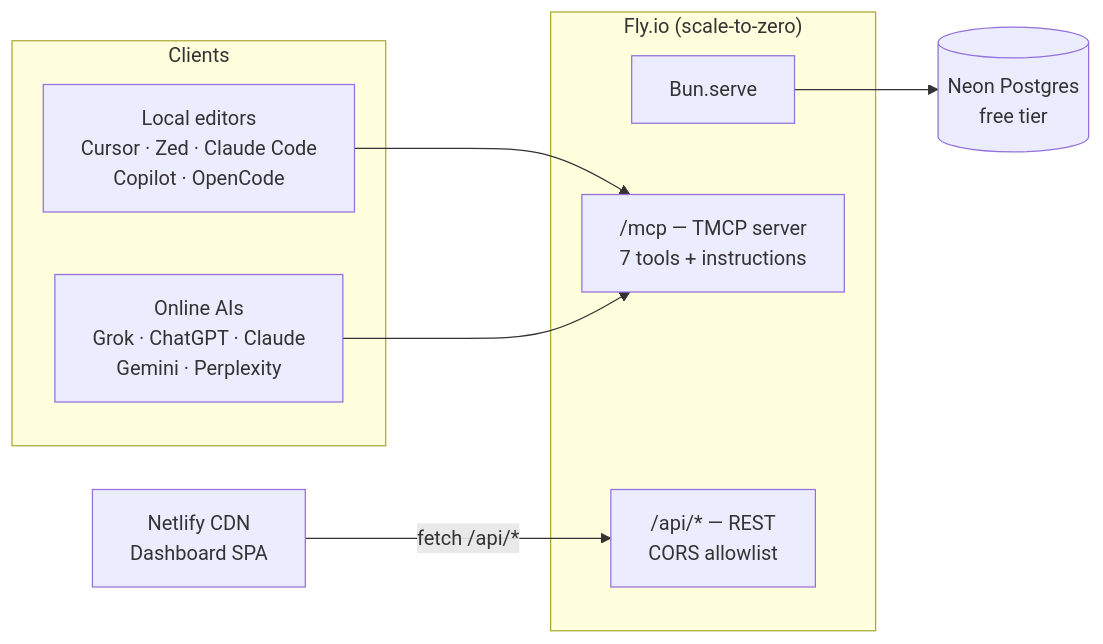
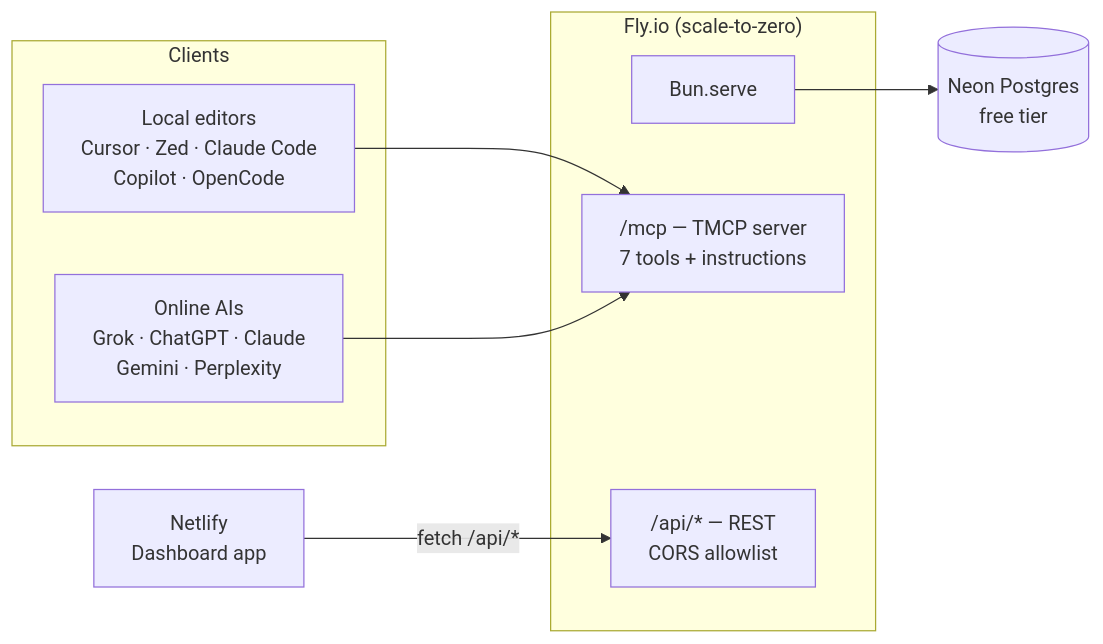
Before and after one commit to Michael-Obele/sepia: the diagram in README.md, drawn with Mermaid. The commit also changed other lines of this file and 7 other files, not shown here.

````diff
--- a/README.md
+++ b/README.md
@@ -68,18 +69,18 @@
 ```mermaid
 flowchart LR
     subgraph Clients
         L[Local editors<br/>Cursor · Zed · Claude Code<br/>Copilot · OpenCode]
         W[Online AIs<br/>Grok · ChatGPT · Claude<br/>Gemini · Perplexity]
     end
     subgraph Fly["Fly.io (scale-to-zero)"]
         B[Bun.serve]
         M["/mcp — TMCP server<br/>7 tools + instructions"]
         A["/api/* — REST<br/>CORS allowlist"]
     end
     N[(Neon Postgres<br/>free tier)]
-    D[Netlify CDN<br/>Dashboard SPA]
+    D[Netlify<br/>Dashboard app]
     L --> M
     W --> M
     B --> N
     D -- "fetch /api/*" --> A
 ```
````
